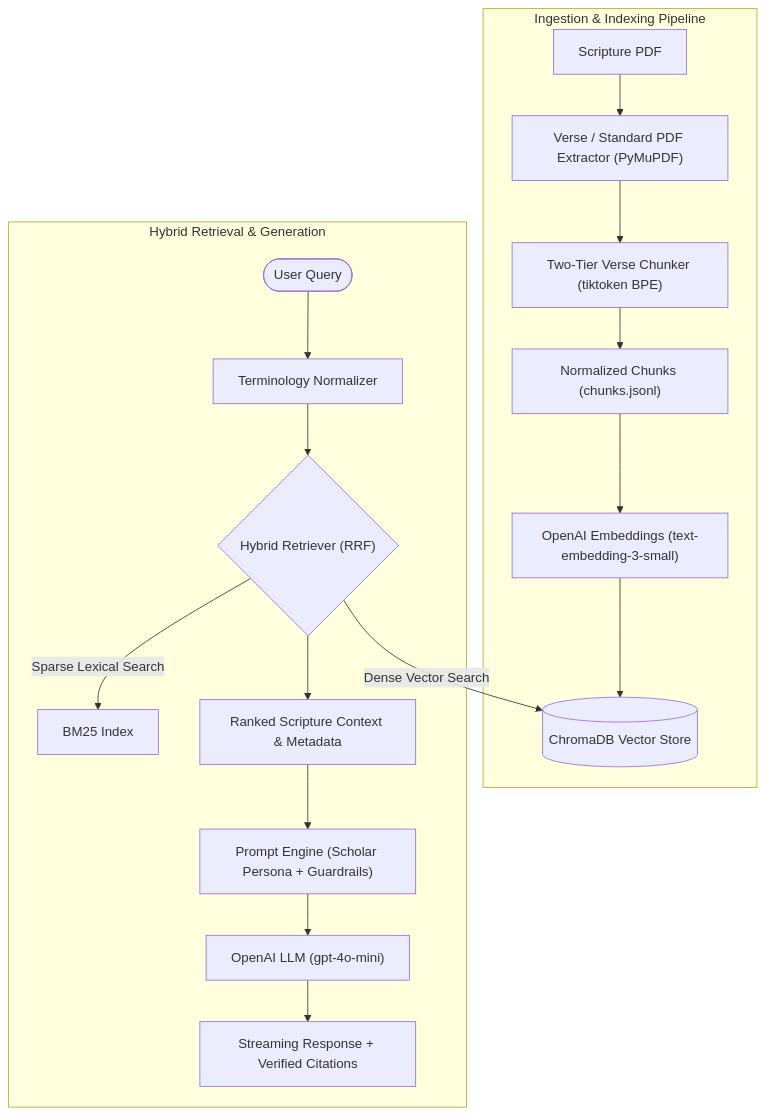
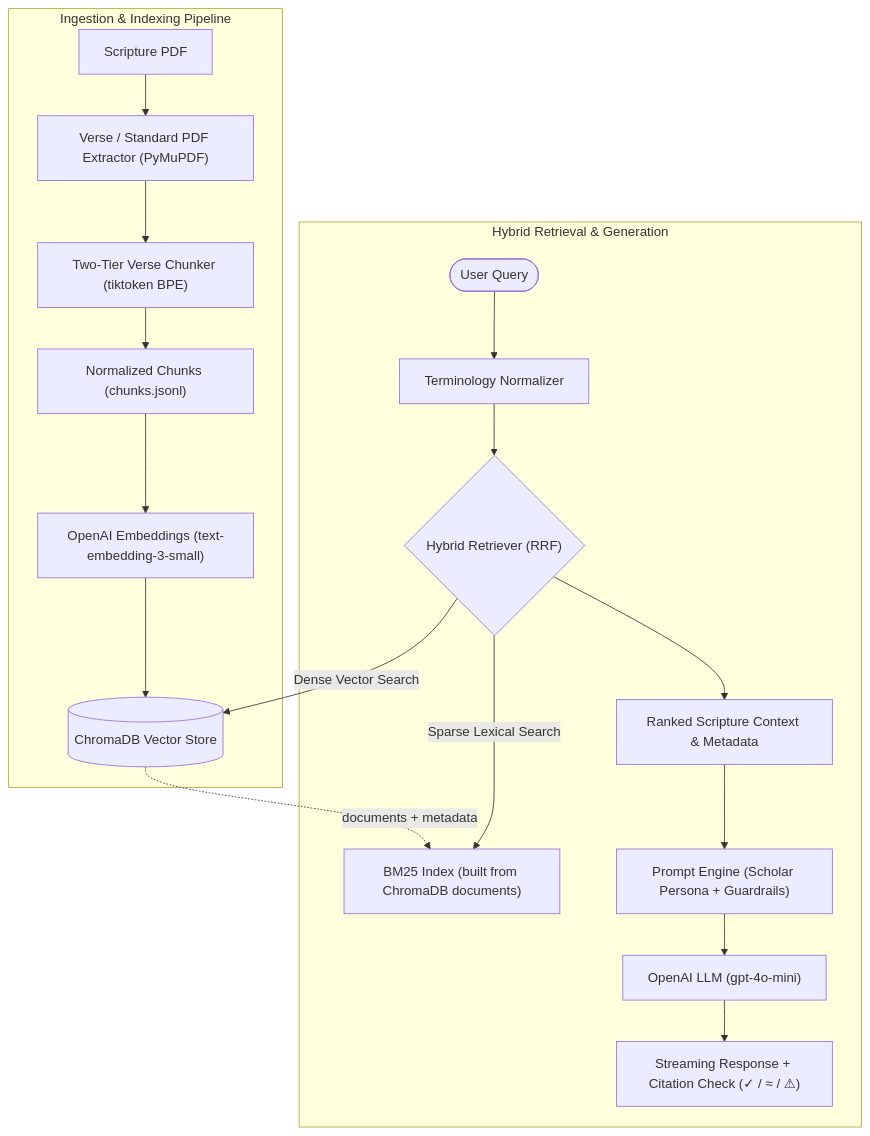
Before and after one commit to cbrahme/yogic-text-rag-pipeline: the diagram in README.md, drawn with Mermaid. The commit also changed other lines of this file and 6 other files, not shown here.

````diff
--- a/README.md
+++ b/README.md
@@ -28,21 +28,22 @@
 ```mermaid
 flowchart TD
     subgraph Ingestion ["Ingestion & Indexing Pipeline"]
         PDF["Scripture PDF"] --> Extractor["Verse / Standard PDF Extractor (PyMuPDF)"]
         Extractor --> Chunker["Two-Tier Verse Chunker (tiktoken BPE)"]
         Chunker --> JSONL["Normalized Chunks (chunks.jsonl)"]
         JSONL --> Embedder["OpenAI Embeddings (text-embedding-3-small)"]
         Embedder --> Chroma[("ChromaDB Vector Store")]
     end
 
     subgraph Query ["Hybrid Retrieval & Generation"]
         User(["User Query"]) --> TermAlign["Terminology Normalizer"]
         TermAlign --> RRF{"Hybrid Retriever (RRF)"}
         RRF -->|Dense Vector Search| Chroma
-        RRF -->|Sparse Lexical Search| BM25["BM25 Index"]
+        RRF -->|Sparse Lexical Search| BM25["BM25 Index (built from ChromaDB documents)"]
+        Chroma -.->|documents + metadata| BM25
         RRF --> Context["Ranked Scripture Context & Metadata"]
         Context --> Prompt["Prompt Engine (Scholar Persona + Guardrails)"]
         Prompt --> LLM["OpenAI LLM (gpt-4o-mini)"]
-        LLM --> Stream["Streaming Response + Verified Citations"]
+        LLM --> Stream["Streaming Response + Citation Check (✓ / ≈ / ⚠)"]
     end
 ```
````
